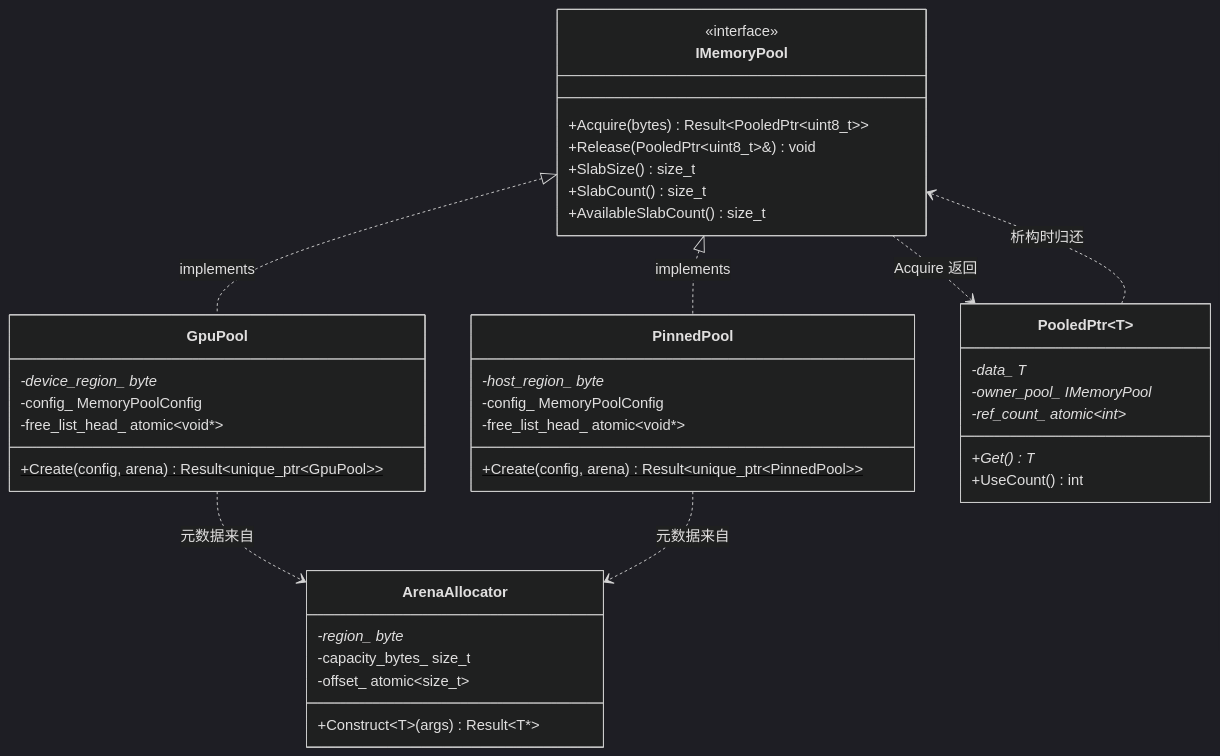
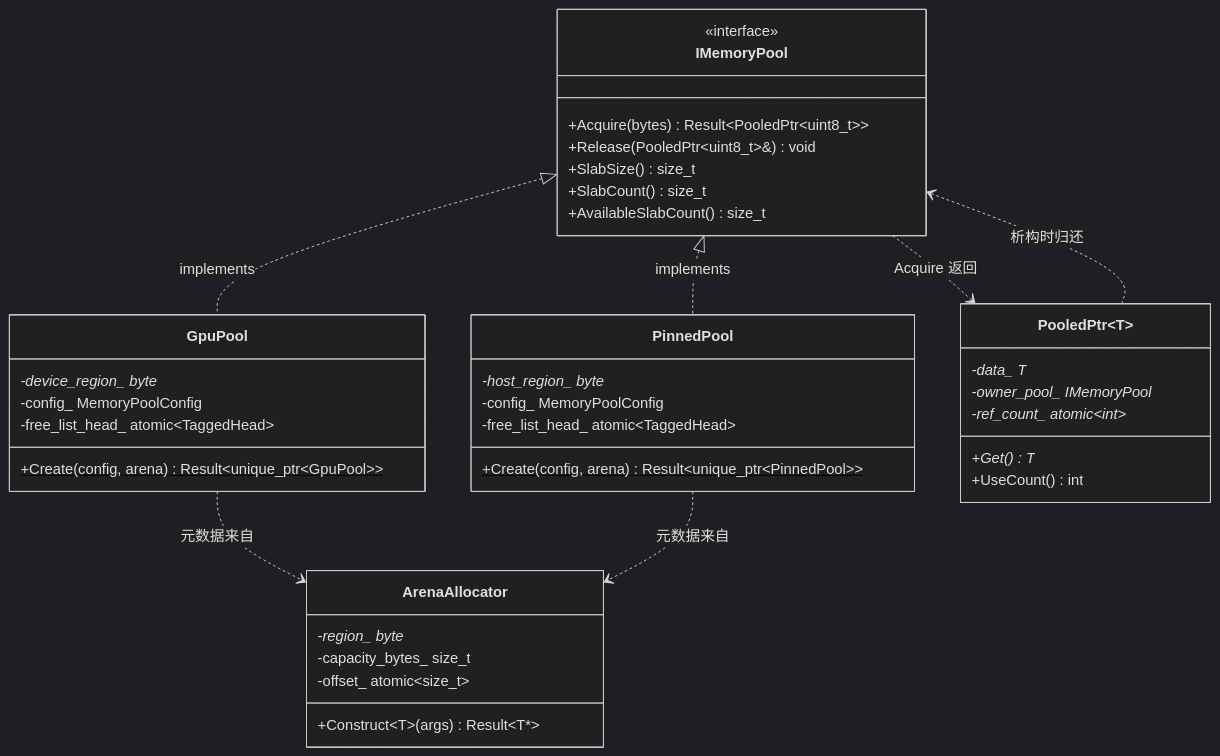
Before and after one commit to celien99/surface-ai: the first of 2 diagrams in docs/surface-ai/design/milestone-01-foundation/1.5-memory.md, drawn with Mermaid (dark theme). The commit also changed other lines of this file, not shown here.

````diff
--- a/docs/surface-ai/design/milestone-01-foundation/1.5-memory.md
+++ b/docs/surface-ai/design/milestone-01-foundation/1.5-memory.md
@@ -333,47 +333,47 @@
 ```mermaid
 classDiagram
     class IMemoryPool {
         <<interface>>
         +Acquire(bytes) Result~PooledPtr~uint8_t~~
         +Release(PooledPtr~uint8_t~&) void
         +SlabSize() size_t
         +SlabCount() size_t
         +AvailableSlabCount() size_t
     }
 
     class GpuPool {
         -device_region_ byte*
         -config_ MemoryPoolConfig
-        -free_list_head_ atomic~void*~
+        -free_list_head_ atomic~TaggedHead~
         +Create(config, arena)$ Result~unique_ptr~GpuPool~~
     }
 
     class PinnedPool {
         -host_region_ byte*
         -config_ MemoryPoolConfig
-        -free_list_head_ atomic~void*~
+        -free_list_head_ atomic~TaggedHead~
         +Create(config, arena)$ Result~unique_ptr~PinnedPool~~
     }
 
     class ArenaAllocator {
         -region_ byte*
         -capacity_bytes_ size_t
         -offset_ atomic~size_t~
         +Construct~T~(args) Result~T*~
     }
 
     class PooledPtr~T~ {
         -data_ T*
         -owner_pool_ IMemoryPool*
         -ref_count_ atomic~int~*
         +Get() T*
         +UseCount() int
     }
 
     IMemoryPool <|.. GpuPool : implements
     IMemoryPool <|.. PinnedPool : implements
     GpuPool ..> ArenaAllocator : 元数据来自
     PinnedPool ..> ArenaAllocator : 元数据来自
     IMemoryPool ..> PooledPtr~T~ : Acquire 返回
     PooledPtr~T~ ..> IMemoryPool : 析构时归还
 ```
````
